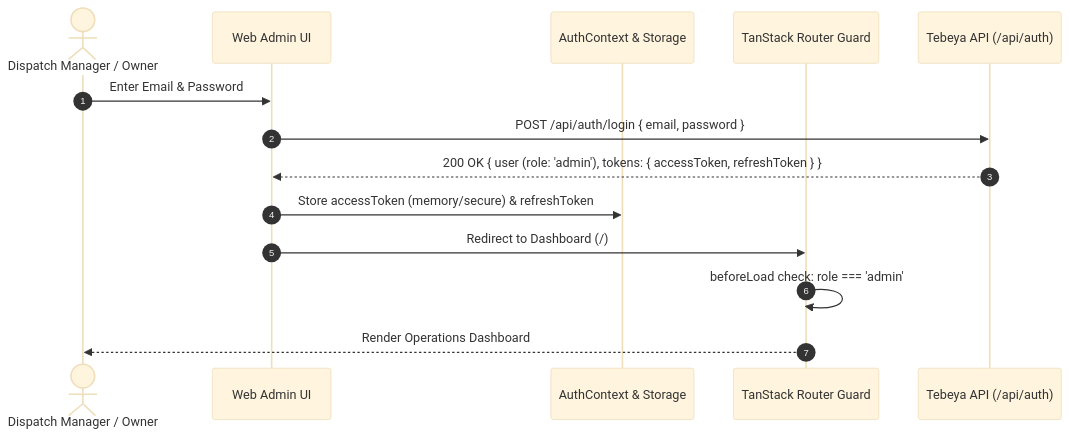
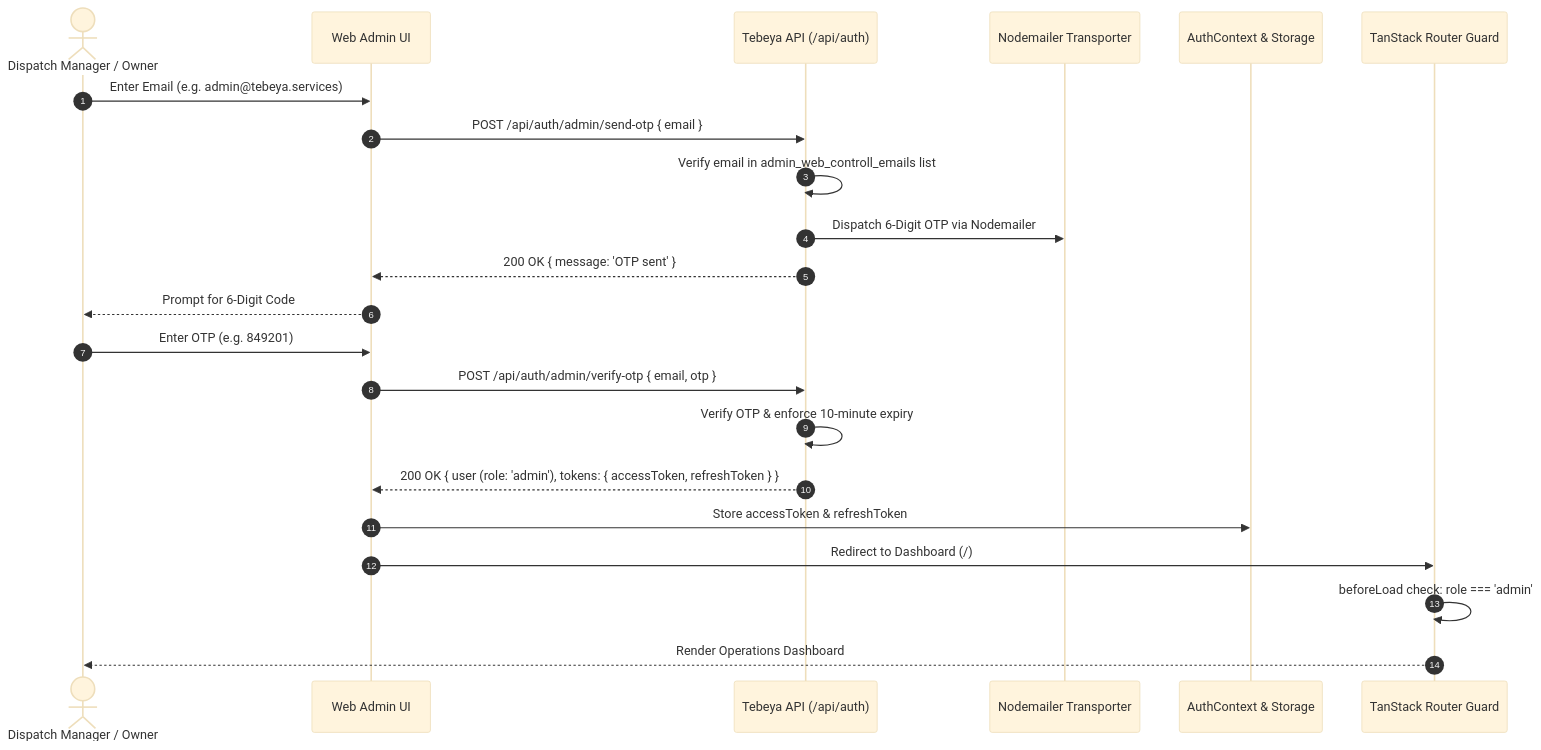
Before and after one commit to javaadde/tebeya.services: the first of 2 diagrams in docs/WEB_ARCHITECTURE.md, drawn with Mermaid (base theme). The commit also changed other lines of this file and 15 other files, not shown here.

Commit message:
feat(api): add admin OTP auth with SMTP and allowlist

````diff
--- a/docs/WEB_ARCHITECTURE.md
+++ b/docs/WEB_ARCHITECTURE.md
@@ -135,17 +135,25 @@
 ```mermaid
 sequenceDiagram
     autonumber
     actor Admin as Dispatch Manager / Owner
     participant Web as Web Admin UI
+    participant API as Tebeya API (/api/auth)
+    participant SMTP as Nodemailer Transporter
     participant AuthCtx as AuthContext & Storage
     participant Router as TanStack Router Guard
-    participant API as Tebeya API (/api/auth)
 
-    Admin->>Web: Enter Email & Password
-    Web->>API: POST /api/auth/login { email, password }
+    Admin->>Web: Enter Email (e.g. admin@tebeya.services)
+    Web->>API: POST /api/auth/admin/send-otp { email }
+    API->>API: Verify email in admin_web_controll_emails list
+    API->>SMTP: Dispatch 6-Digit OTP via Nodemailer
+    API-->>Web: 200 OK { message: 'OTP sent' }
+    Web-->>Admin: Prompt for 6-Digit Code
+    Admin->>Web: Enter OTP (e.g. 849201)
+    Web->>API: POST /api/auth/admin/verify-otp { email, otp }
+    API->>API: Verify OTP & enforce 10-minute expiry
     API-->>Web: 200 OK { user (role: 'admin'), tokens: { accessToken, refreshToken } }
-    Web->>AuthCtx: Store accessToken (memory/secure) & refreshToken
+    Web->>AuthCtx: Store accessToken & refreshToken
     Web->>Router: Redirect to Dashboard (/)
     Router->>Router: beforeLoad check: role === 'admin'
     Router-->>Admin: Render Operations Dashboard
 ```
````
